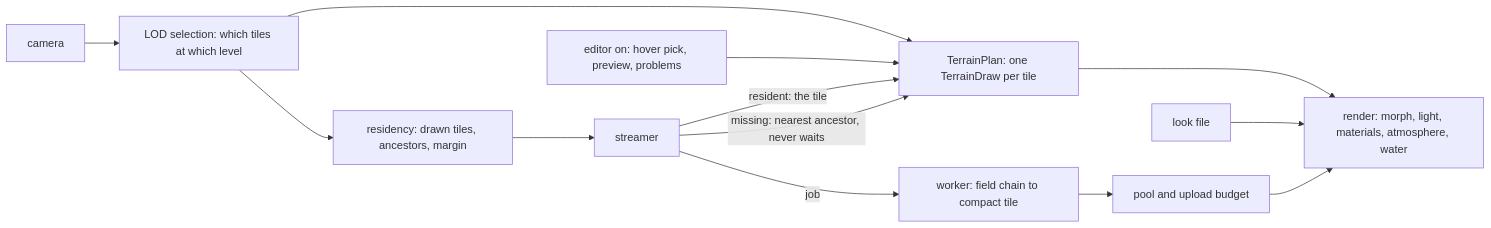
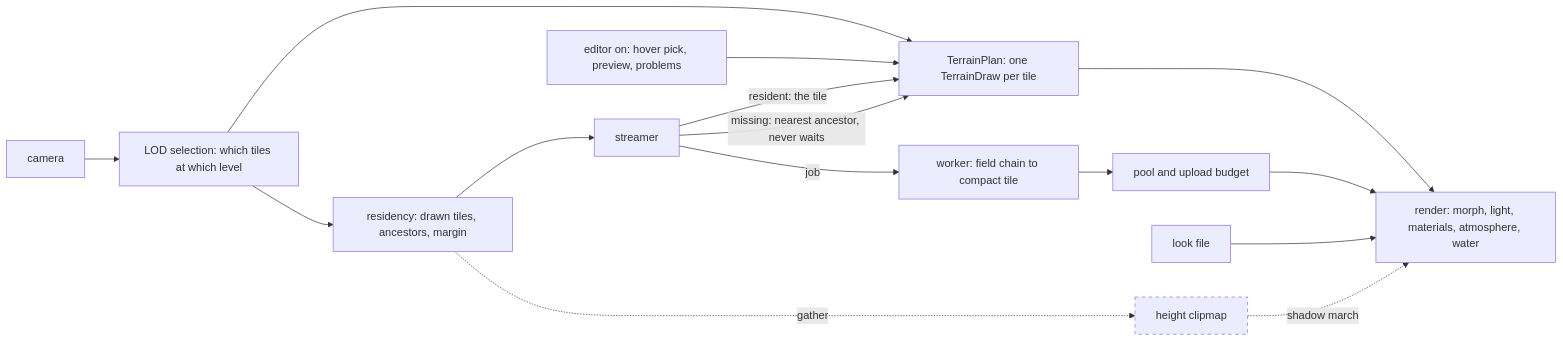
The third of 3 diagrams in docs/domain.md (mdondorff/Serious-Planet-builder), drawn with Mermaid before and after one commit. The commit also changed other lines of this file and 1 other file, not shown here.

````diff
--- a/docs/domain.md
+++ b/docs/domain.md
@@ -65,15 +64,18 @@
 ```mermaid
 flowchart LR
   CAM["camera"] --> LOD["LOD selection: which tiles at which level"]
   LOD --> PLAN["TerrainPlan: one TerrainDraw per tile"]
   LOD --> RES["residency: drawn tiles, ancestors, margin"]
   RES --> STR["streamer"]
   STR -->|resident: the tile| PLAN
   STR -->|missing: nearest ancestor, never waits| PLAN
   STR -->|job| W["worker: field chain to compact tile"]
   W --> UP["pool and upload budget"]
   PLAN --> GPU["render: morph, light, materials, atmosphere, water"]
   UP --> GPU
+  RES -.->|gather| HC["height clipmap"] -.->|shadow march| GPU
   LOOK["look file"] --> GPU
   ED["editor on: hover pick, preview, problems"] --> PLAN
+  classDef planned stroke-dasharray: 5 5
+  class HC planned
 ```
````
